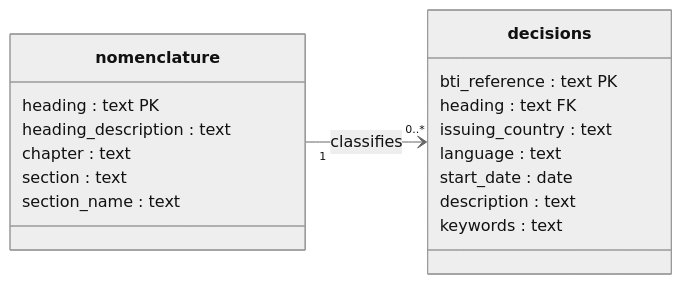
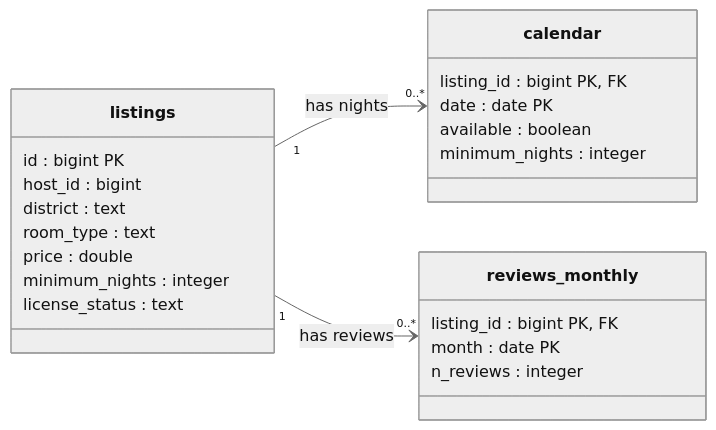
Before and after one commit to khoadaniel/statistical-programming-mpmd-htw-ws-2026: the second of 3 diagrams in sessions/03-sql-and-polars/theory/01-relational-model-and-sql.md, drawn with Mermaid (neutral theme). The commit also changed other lines of this file and 160 other files, not shown here.

````diff
--- a/sessions/03-sql-and-polars/theory/01-relational-model-and-sql.md
+++ b/sessions/03-sql-and-polars/theory/01-relational-model-and-sql.md
@@ -47,21 +49,26 @@
 ```mermaid
 classDiagram
     direction LR
-    class nomenclature {
-        heading : text  PK
-        heading_description : text
-        chapter : text
-        section : text
-        section_name : text
+    class listings {
+        id : bigint  PK
+        host_id : bigint
+        district : text
+        room_type : text
+        price : double
+        minimum_nights : integer
+        license_status : text
     }
-    class decisions {
-        bti_reference : text  PK
-        heading : text  FK
-        issuing_country : text
-        language : text
-        start_date : date
-        description : text
-        keywords : text
+    class calendar {
+        listing_id : bigint  PK, FK
+        date : date  PK
+        available : boolean
+        minimum_nights : integer
     }
-    nomenclature "1" --> "0..*" decisions : classifies
+    class reviews_monthly {
+        listing_id : bigint  PK, FK
+        month : date  PK
+        n_reviews : integer
+    }
+    listings "1" --> "0..*" calendar : has nights
+    listings "1" --> "0..*" reviews_monthly : has reviews
 ```
````
